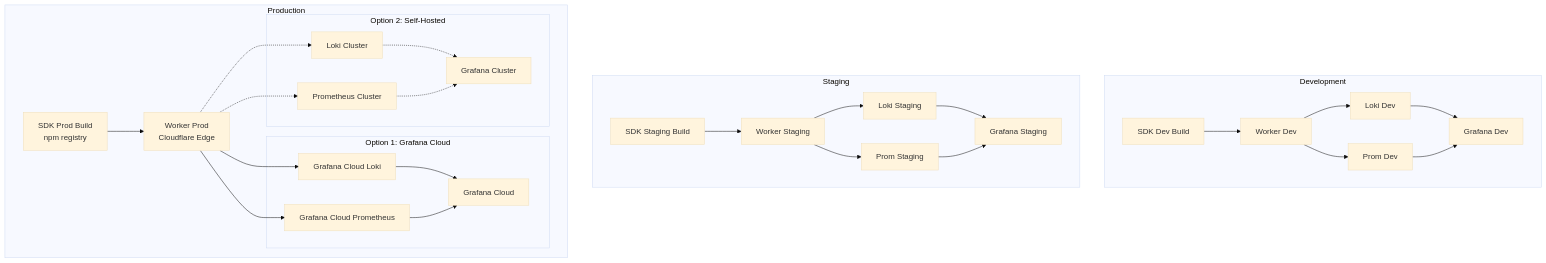
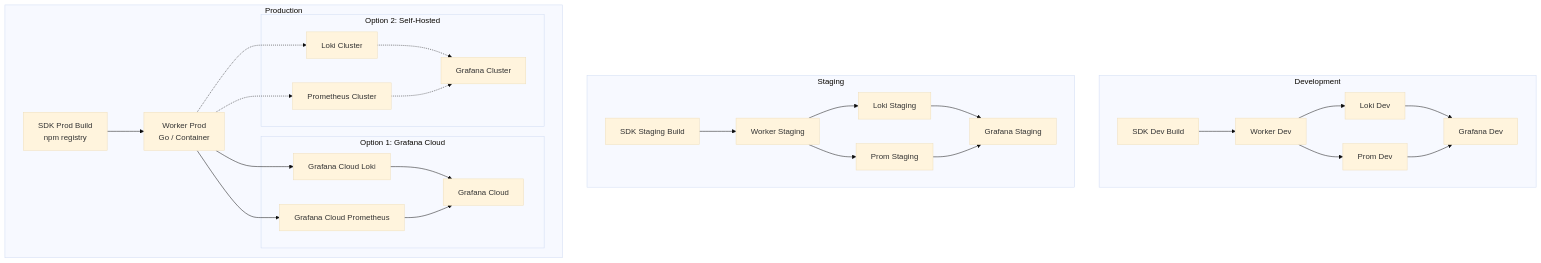
The eighth of 14 diagrams in docs/architecture.md (openqoe/openqoe-dev), drawn with Mermaid (base theme) before and after one commit. The commit also changed other lines of this file and 12 other files, not shown here.

````diff
--- a/docs/architecture.md
+++ b/docs/architecture.md
@@ -422,58 +342,58 @@
 ```mermaid
 graph TB
     subgraph "Development"
         SDK_DEV[SDK Dev Build]
         WORKER_DEV[Worker Dev]
         LOKI_DEV[Loki Dev]
         PROM_DEV[Prom Dev]
         GRAF_DEV[Grafana Dev]
 
         SDK_DEV --> WORKER_DEV
         WORKER_DEV --> LOKI_DEV
         WORKER_DEV --> PROM_DEV
         LOKI_DEV --> GRAF_DEV
         PROM_DEV --> GRAF_DEV
     end
 
     subgraph "Staging"
         SDK_STAGE[SDK Staging Build]
         WORKER_STAGE[Worker Staging]
         LOKI_STAGE[Loki Staging]
         PROM_STAGE[Prom Staging]
         GRAF_STAGE[Grafana Staging]
 
         SDK_STAGE --> WORKER_STAGE
         WORKER_STAGE --> LOKI_STAGE
         WORKER_STAGE --> PROM_STAGE
         LOKI_STAGE --> GRAF_STAGE
         PROM_STAGE --> GRAF_STAGE
     end
 
     subgraph "Production"
         SDK_PROD[SDK Prod Build<br/>npm registry]
-        WORKER_PROD[Worker Prod<br/>Cloudflare Edge]
+        WORKER_PROD[Worker Prod<br/>Go / Container]
 
         subgraph "Option 1: Grafana Cloud"
             LOKI_CLOUD[Grafana Cloud Loki]
             PROM_CLOUD[Grafana Cloud Prometheus]
             GRAF_CLOUD[Grafana Cloud]
         end
 
         subgraph "Option 2: Self-Hosted"
             LOKI_SELF[Loki Cluster]
             PROM_SELF[Prometheus Cluster]
             GRAF_SELF[Grafana Cluster]
         end
 
         SDK_PROD --> WORKER_PROD
         WORKER_PROD --> LOKI_CLOUD
         WORKER_PROD --> PROM_CLOUD
         WORKER_PROD -.-> LOKI_SELF
         WORKER_PROD -.-> PROM_SELF
 
         LOKI_CLOUD --> GRAF_CLOUD
         PROM_CLOUD --> GRAF_CLOUD
         LOKI_SELF -.-> GRAF_SELF
         PROM_SELF -.-> GRAF_SELF
     end
 ```
````
